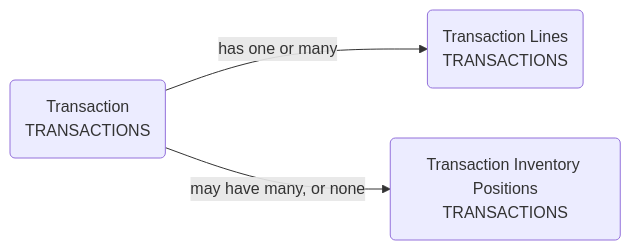
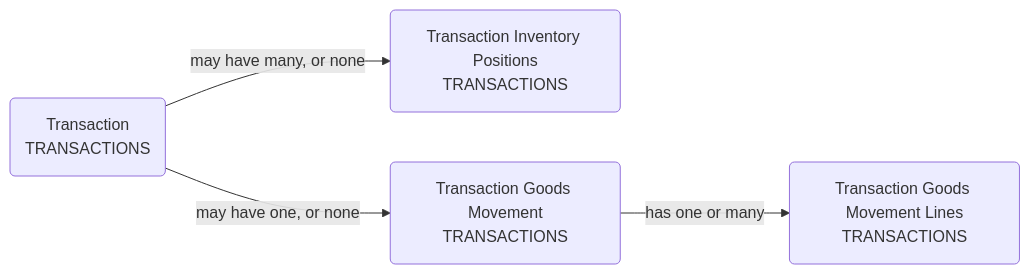
One commit to M-A-Operating-System/shared-work changed the seventh of 11 diagrams in docs/data-models/cpg-manufacturing/cpg-manufacturing-data-design-document.md. Above: the diagram before and after it, drawn with Mermaid. The commit also changed other lines of this file and 14 other files, not shown here.

````diff
--- a/docs/data-models/cpg-manufacturing/cpg-manufacturing-data-design-document.md
+++ b/docs/data-models/cpg-manufacturing/cpg-manufacturing-data-design-document.md
@@ -571,8 +571,10 @@
 ```mermaid
 flowchart LR
   SBJ046("Transaction<br>TRANSACTIONS")
-  SBJ047("Transaction Lines<br>TRANSACTIONS")
+  SBJ047("Transaction Goods Movement Lines<br>TRANSACTIONS")
   SBJ048("Transaction Inventory Positions<br>TRANSACTIONS")
-  SBJ046 -->|"has one or many"| SBJ047
+  SBJ068("Transaction Goods Movement<br>TRANSACTIONS")
+  SBJ068 -->|"has one or many"| SBJ047
   SBJ046 -->|"may have many, or none"| SBJ048
+  SBJ046 -->|"may have one, or none"| SBJ068
 ```
````
